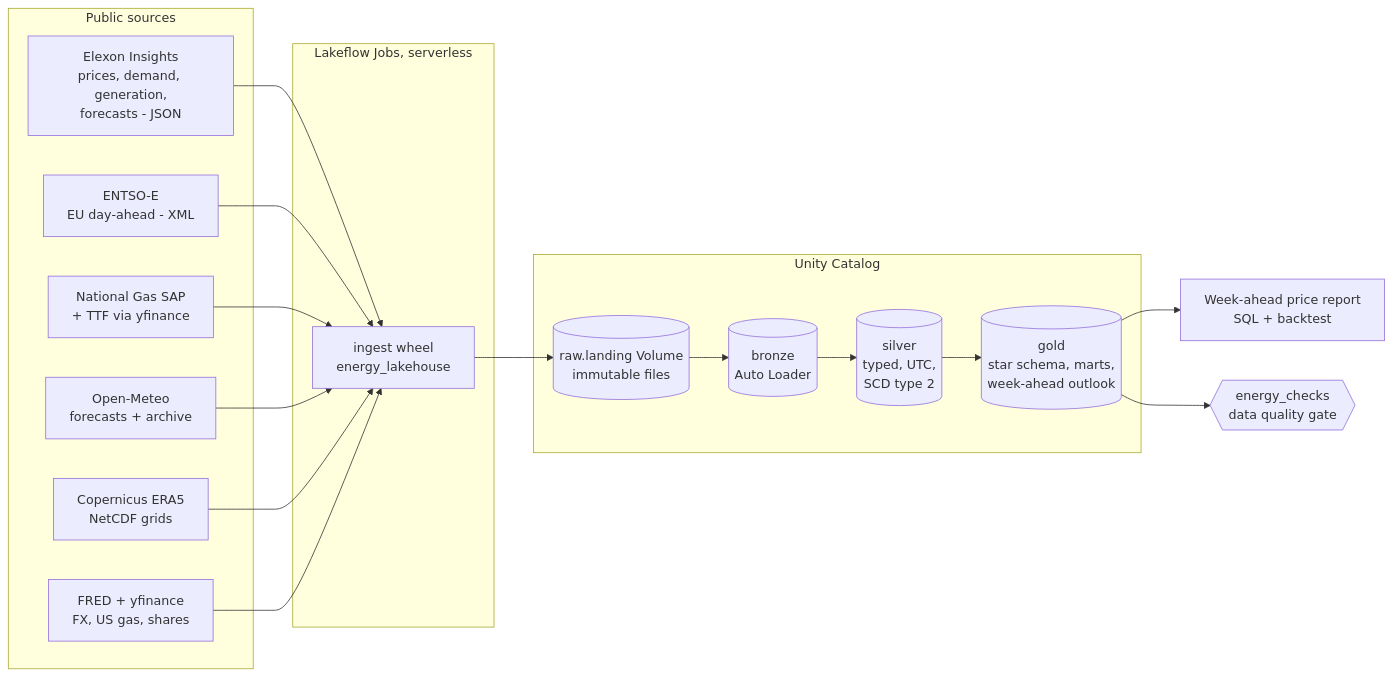
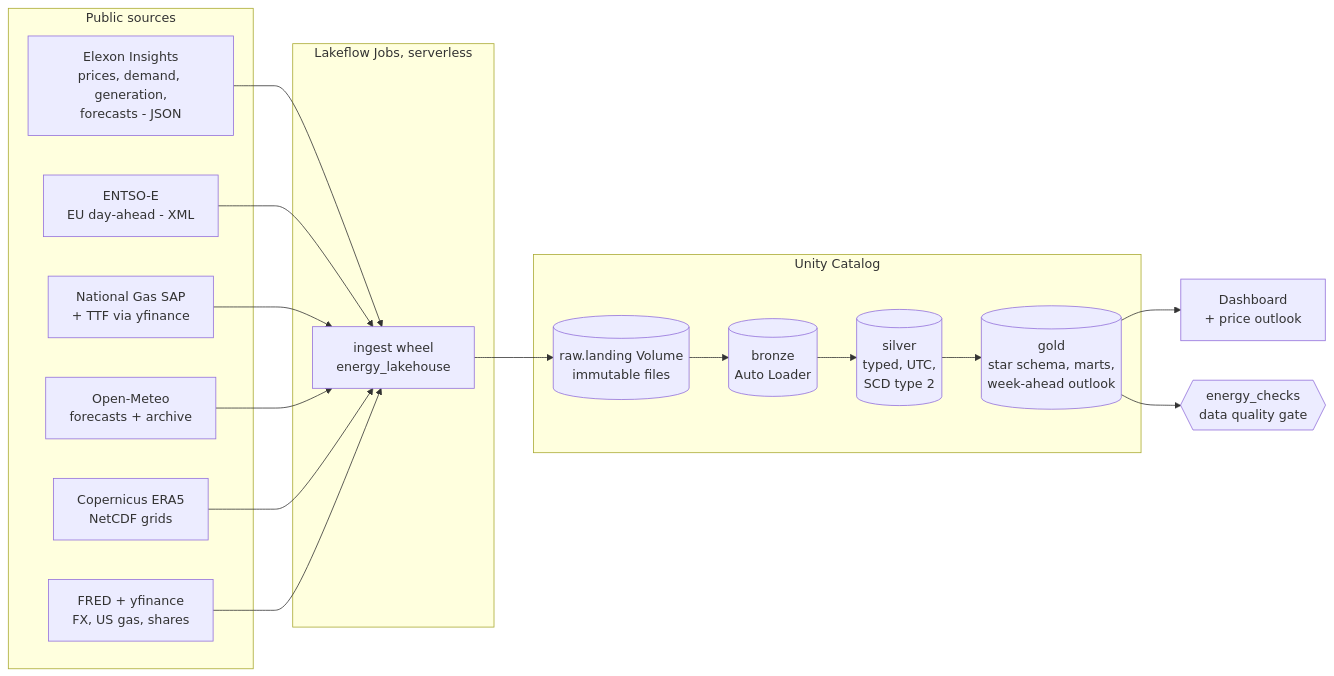
The diagram in README.md (CodeWithBureh/energy-markets-lakehouse), drawn with Mermaid before and after one commit. The commit also changed other lines of this file and 2 other files, not shown here.

````diff
--- a/README.md
+++ b/README.md
@@ -24,24 +112,24 @@
 ```mermaid
 flowchart LR
   subgraph Sources[Public sources]
     E[Elexon Insights<br/>prices, demand, generation,<br/>forecasts - JSON]
     X[ENTSO-E<br/>EU day-ahead - XML]
     NG[National Gas SAP<br/>+ TTF via yfinance]
     OM[Open-Meteo<br/>forecasts + archive]
     W[Copernicus ERA5<br/>NetCDF grids]
     F[FRED + yfinance<br/>FX, US gas, shares]
   end
   subgraph Jobs[Lakeflow Jobs, serverless]
     I[ingest wheel<br/>energy_lakehouse]
   end
   subgraph UC[Unity Catalog]
     L[(raw.landing Volume<br/>immutable files)]
     B[(bronze<br/>Auto Loader)]
     SV[(silver<br/>typed, UTC,<br/>SCD type 2)]
     G[(gold<br/>star schema, marts,<br/>week-ahead outlook)]
   end
   C{{energy_checks<br/>data quality gate}}
-  R[Week-ahead price report<br/>SQL + backtest]
-  E & X & NG & OM & W & F --> I --> L --> B --> SV --> G --> R
+  D[Dashboard<br/>+ price outlook]
+  E & X & NG & OM & W & F --> I --> L --> B --> SV --> G --> D
   G --> C
 ```
````
